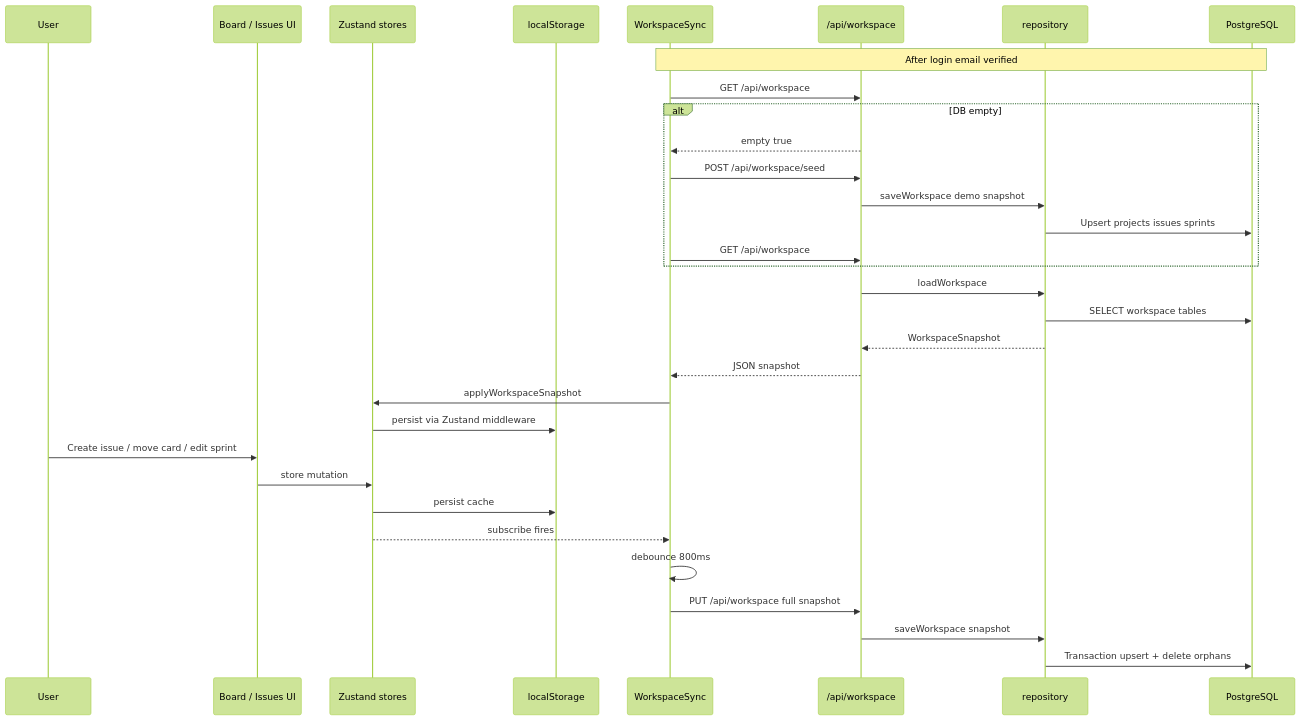
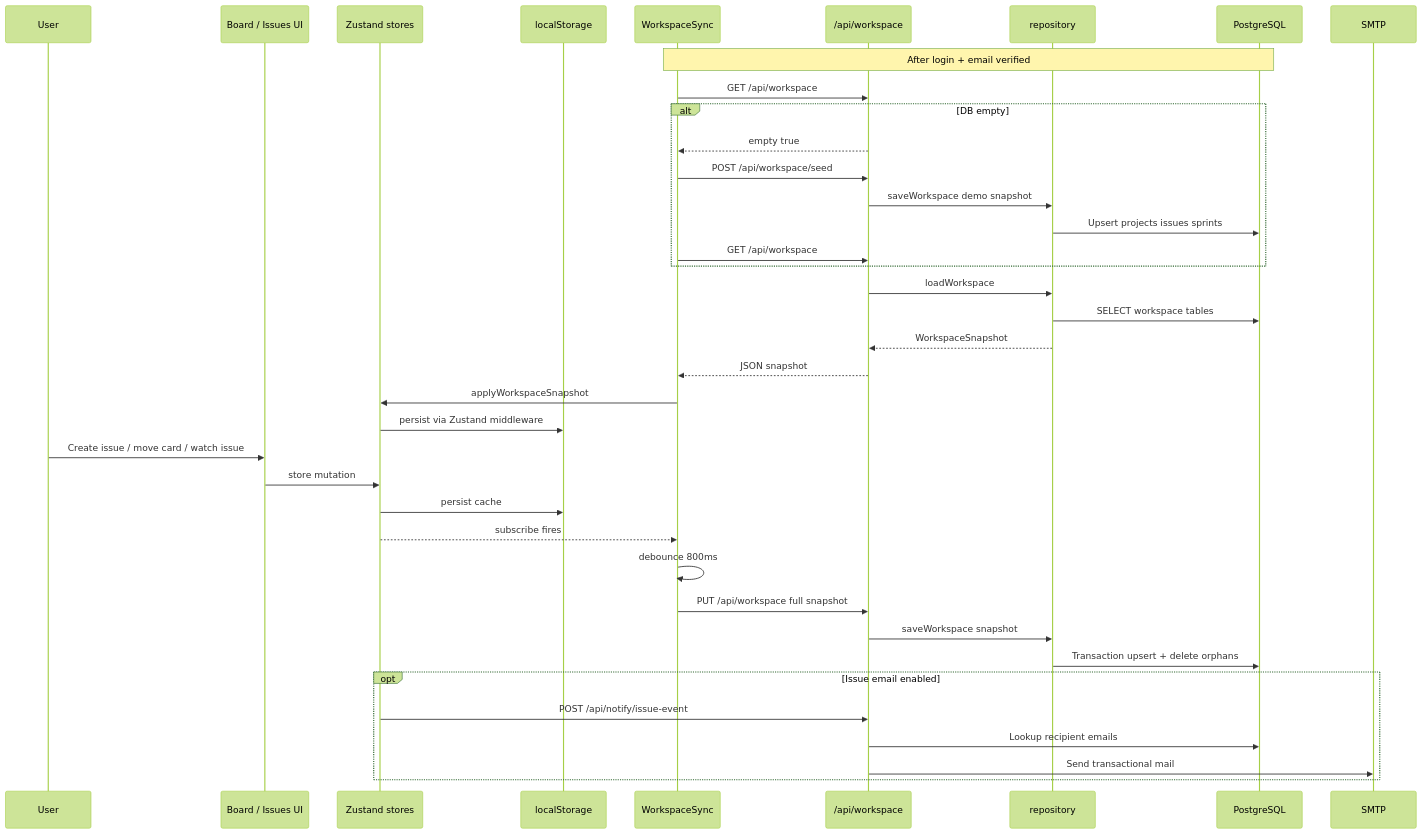
One commit to taiphan/jupiter changed the sixth of 10 diagrams in docs/ARCHITECTURE.md. Above: the diagram before and after it, drawn with Mermaid (forest theme). The commit also changed other lines of this file and 8 other files, not shown here.

````diff
--- a/docs/ARCHITECTURE.md
+++ b/docs/ARCHITECTURE.md
@@ -160,36 +298,41 @@
 ```mermaid
 sequenceDiagram
   participant U as User
   participant UI as Board / Issues UI
   participant Z as Zustand stores
   participant LS as localStorage
   participant WS as WorkspaceSync
   participant API as /api/workspace
   participant R as repository
   participant DB as PostgreSQL
 
-  Note over WS,DB: After login email verified
+  Note over WS,DB: After login + email verified
   WS->>API: GET /api/workspace
   alt DB empty
     API-->>WS: empty true
     WS->>API: POST /api/workspace/seed
     API->>R: saveWorkspace demo snapshot
     R->>DB: Upsert projects issues sprints
     WS->>API: GET /api/workspace
   end
   API->>R: loadWorkspace
   R->>DB: SELECT workspace tables
   R-->>API: WorkspaceSnapshot
   API-->>WS: JSON snapshot
   WS->>Z: applyWorkspaceSnapshot
   Z->>LS: persist via Zustand middleware
 
-  U->>UI: Create issue / move card / edit sprint
+  U->>UI: Create issue / move card / watch issue
   UI->>Z: store mutation
   Z->>LS: persist cache
   Z-->>WS: subscribe fires
   WS->>WS: debounce 800ms
   WS->>API: PUT /api/workspace full snapshot
   API->>R: saveWorkspace snapshot
   R->>DB: Transaction upsert + delete orphans
+  opt Issue email enabled
+    Z->>API: POST /api/notify/issue-event
+    API->>DB: Lookup recipient emails
+    API->>SMTP: Send transactional mail
+  end
 ```
````
